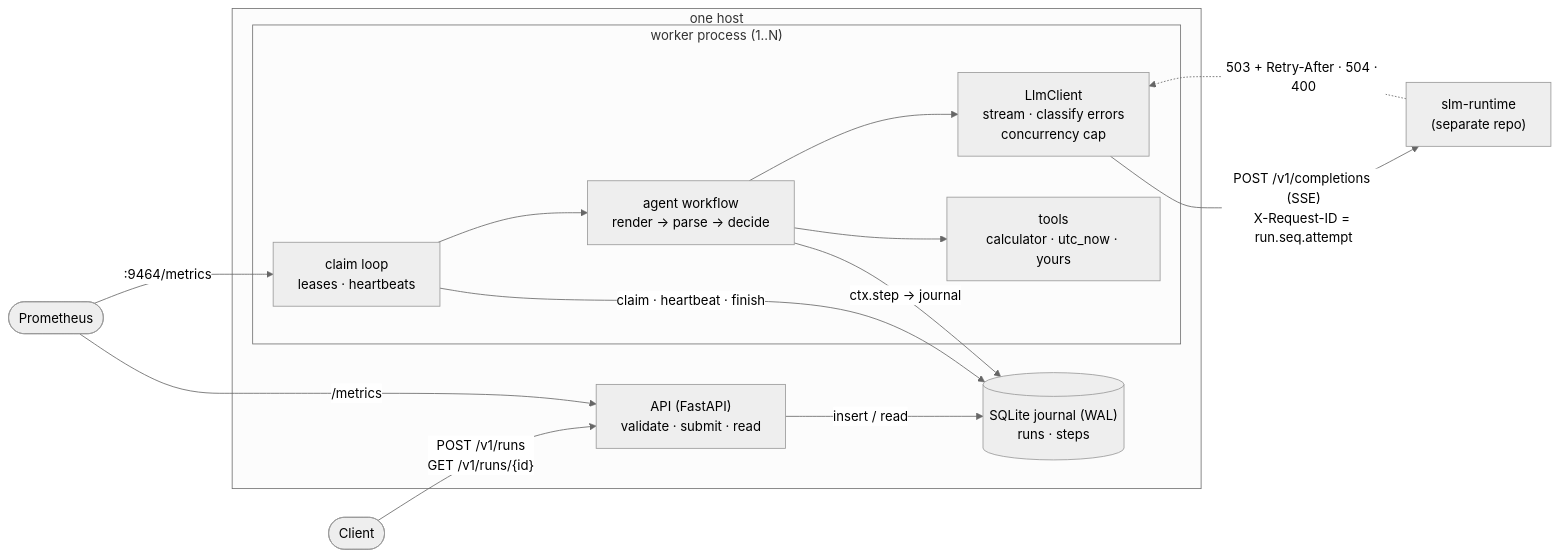
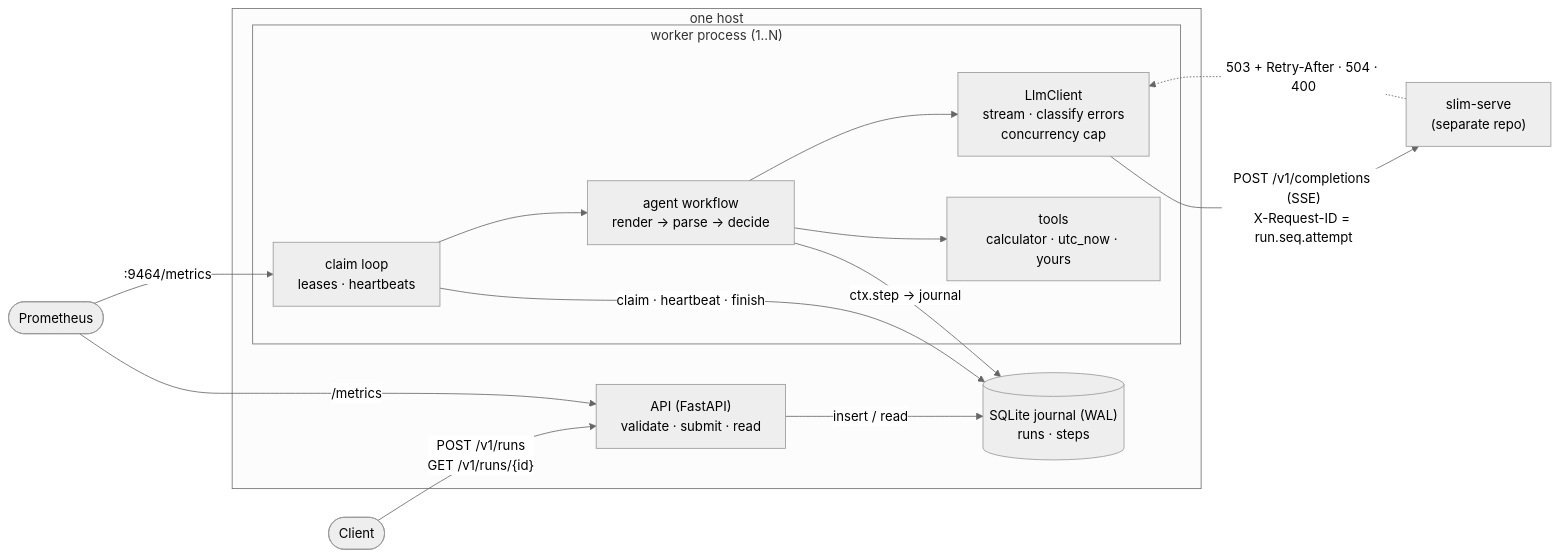
The first of 3 diagrams in docs/architecture.md (ragnarlothbrok53/slm-orchestration-machine), drawn with Mermaid (neutral theme) before and after one commit. The commit also changed other lines of this file and 42 other files, not shown here.

````diff
--- a/docs/architecture.md
+++ b/docs/architecture.md
@@ -5,26 +5,26 @@
 ```mermaid
 flowchart LR
     client([Client]) -->|"POST /v1/runs<br/>GET /v1/runs/{id}"| api
 
     subgraph host["one host"]
         api["API (FastAPI)<br/>validate · submit · read"]
         db[("SQLite journal (WAL)<br/>runs · steps")]
         subgraph w["worker process (1..N)"]
             loop["claim loop<br/>leases · heartbeats"]
             wf["agent workflow<br/>render → parse → decide"]
             llmc["LlmClient<br/>stream · classify errors<br/>concurrency cap"]
             tools["tools<br/>calculator · utc_now · yours"]
         end
         api -->|"insert / read"| db
         loop -->|"claim · heartbeat · finish"| db
         wf -->|"ctx.step → journal"| db
         loop --> wf
         wf --> llmc
         wf --> tools
     end
 
-    llmc -->|"POST /v1/completions (SSE)<br/>X-Request-ID = run.seq.attempt"| slm["slm-runtime<br/>(separate repo)"]
+    llmc -->|"POST /v1/completions (SSE)<br/>X-Request-ID = run.seq.attempt"| slm["slim-serve<br/>(separate repo)"]
     slm -.->|"503 + Retry-After · 504 · 400"| llmc
     prom([Prometheus]) -->|"/metrics"| api
     prom -->|":9464/metrics"| loop
 ```
````
